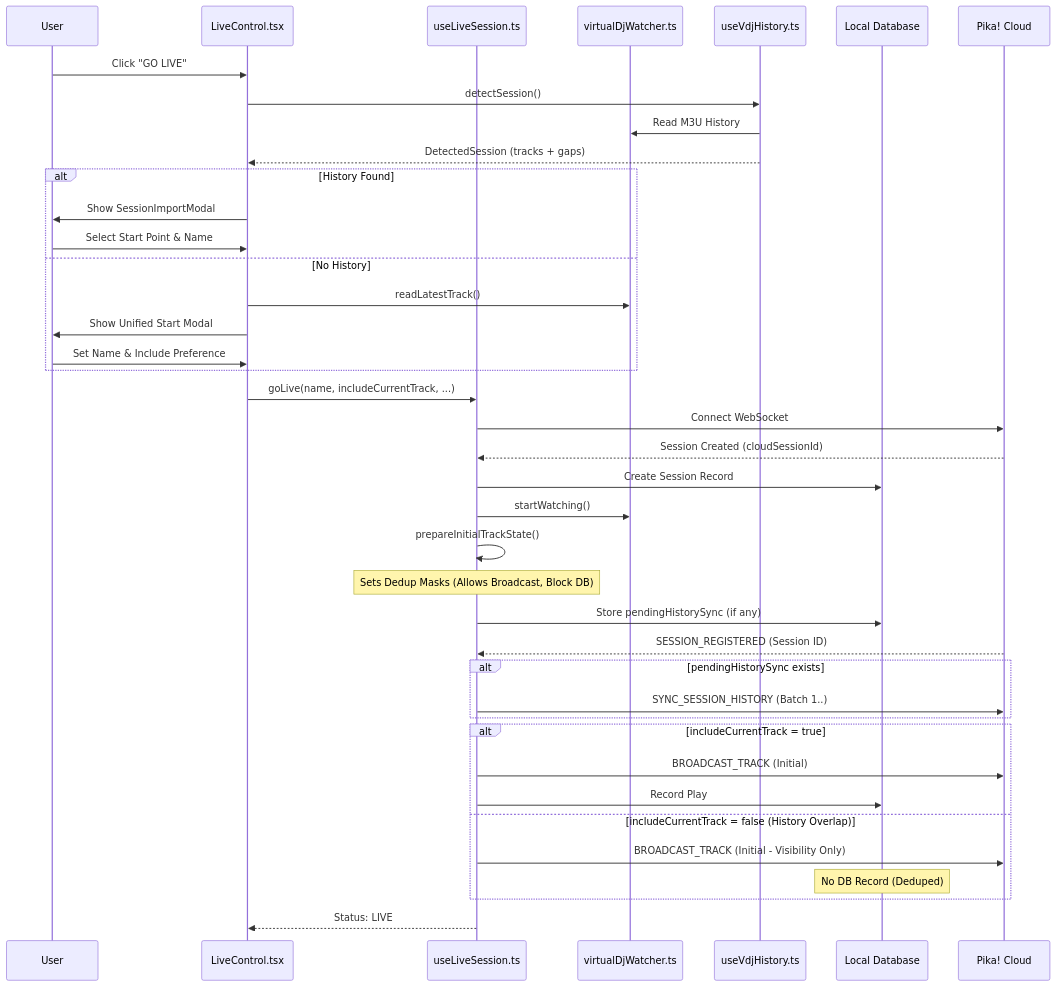
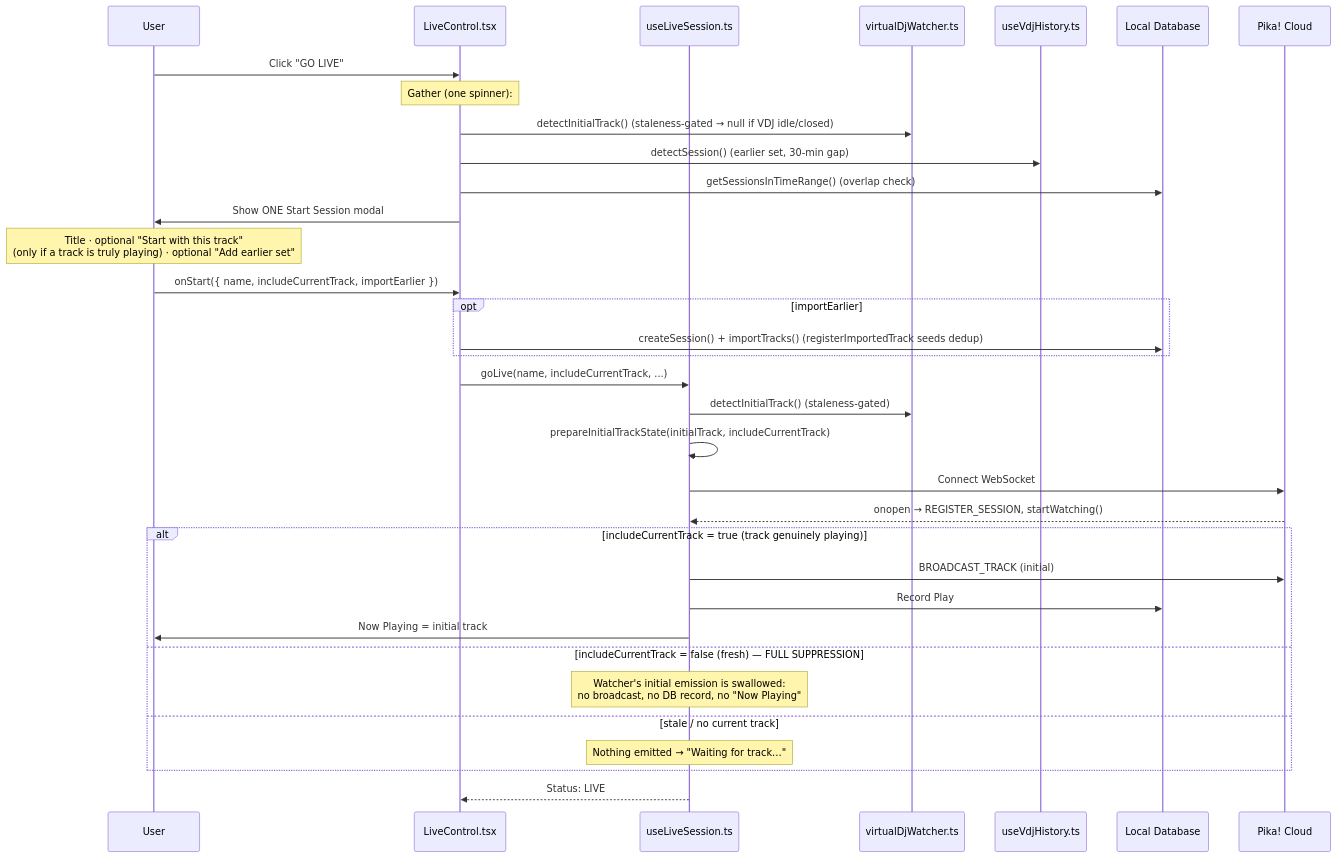
One commit to expigo/pika changed the diagram in docs/architecture/go-live-flow.md. Above: the diagram before and after it, drawn with Mermaid. The commit also changed other lines of this file and 12 other files, not shown here.

First line of the commit message:
fix(desktop): stop fresh sessions leaking the last VDJ track; simplify go-live

````diff
--- a/docs/architecture/go-live-flow.md
+++ b/docs/architecture/go-live-flow.md
@@ -11,51 +13,42 @@
 ```mermaid
 sequenceDiagram
     participant User
     participant LC as LiveControl.tsx
     participant UL as useLiveSession.ts
     participant VDJ as virtualDjWatcher.ts
     participant VH as useVdjHistory.ts
     participant DB as Local Database
     participant CL as Pika! Cloud
 
     User->>LC: Click "GO LIVE"
-    LC->>VH: detectSession()
-    VH->>VDJ: Read M3U History
-    VH-->>LC: DetectedSession (tracks + gaps)
-    
-    alt History Found
-        LC->>User: Show SessionImportModal
-        User->>LC: Select Start Point & Name
-    else No History
-        LC->>VDJ: readLatestTrack()
-        LC->>User: Show Unified Start Modal
-        User->>LC: Set Name & Include Preference
+    Note over LC: Gather (one spinner):
+    LC->>VDJ: detectInitialTrack()  (staleness-gated → null if VDJ idle/closed)
+    LC->>VH: detectSession()         (earlier set, 30-min gap)
+    LC->>DB: getSessionsInTimeRange() (overlap check)
+
+    LC->>User: Show ONE Start Session modal
+    Note over User: Title · optional "Start with this track"<br/>(only if a track is truly playing) · optional "Add earlier set"
+    User->>LC: onStart({ name, includeCurrentTrack, importEarlier })
+
+    opt importEarlier
+        LC->>DB: createSession() + importTracks() (registerImportedTrack seeds dedup)
     end
 
     LC->>UL: goLive(name, includeCurrentTrack, ...)
+    UL->>VDJ: detectInitialTrack()  (staleness-gated)
+    UL->>UL: prepareInitialTrackState(initialTrack, includeCurrentTrack)
     UL->>CL: Connect WebSocket
-    CL-->>UL: Session Created (cloudSessionId)
-    UL->>DB: Create Session Record
-    UL->>VDJ: startWatching()
-    
-    UL->>UL: prepareInitialTrackState()
-    Note over UL: Sets Dedup Masks (Allows Broadcast, Block DB)
-    
-    UL->>DB: Store pendingHistorySync (if any)
-    
-    CL-->>UL: SESSION_REGISTERED (Session ID)
-    
-    alt pendingHistorySync exists
-        UL->>CL: SYNC_SESSION_HISTORY (Batch 1..)
-    end
-    
-    alt includeCurrentTrack = true
-        UL->>CL: BROADCAST_TRACK (Initial)
+    CL-->>UL: onopen → REGISTER_SESSION, startWatching()
+
+    alt includeCurrentTrack = true (track genuinely playing)
+        UL->>CL: BROADCAST_TRACK (initial)
         UL->>DB: Record Play
-    else includeCurrentTrack = false (History Overlap)
-        UL->>CL: BROADCAST_TRACK (Initial - Visibility Only)
-        Note over DB: No DB Record (Deduped)
+        UL->>User: Now Playing = initial track
+    else includeCurrentTrack = false (fresh) — FULL SUPPRESSION
+        Note over UL: Watcher's initial emission is swallowed:<br/>no broadcast, no DB record, no "Now Playing"
+    else stale / no current track
+        Note over UL: Nothing emitted → "Waiting for track…"
     end
 
     UL-->>LC: Status: LIVE
 ```
````
